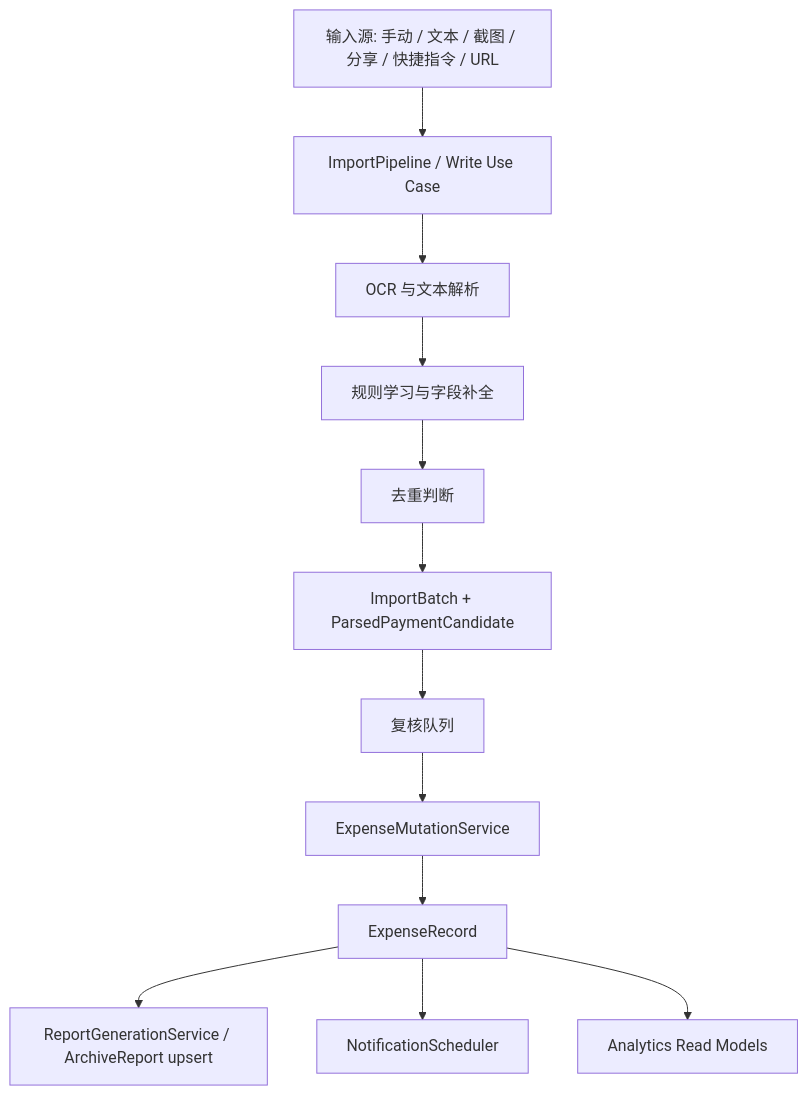
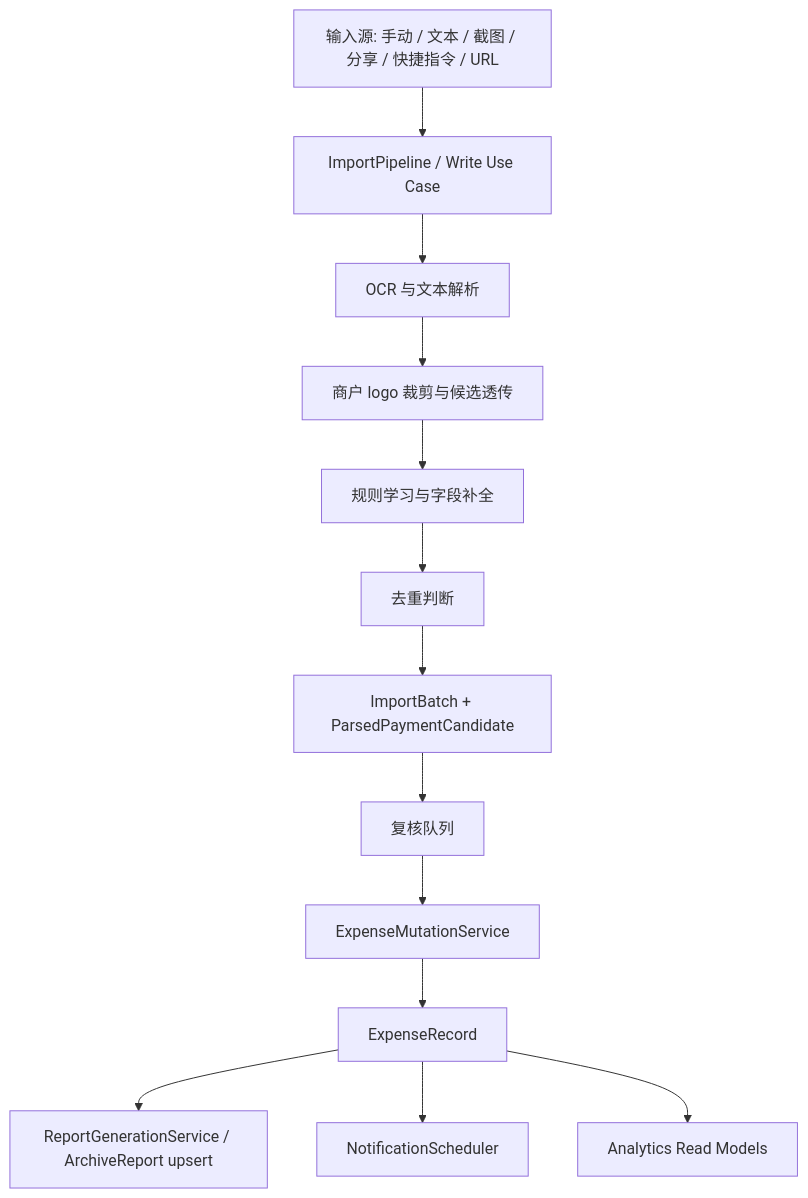
The diagram in docs/awemebilling-technical-architecture-regression.md (jiangxubin/AwemeBills), drawn with Mermaid before and after one commit. The commit also changed other lines of this file and 35 other files, not shown here.

````diff
--- a/docs/awemebilling-technical-architecture-regression.md
+++ b/docs/awemebilling-technical-architecture-regression.md
@@ -44,14 +46,15 @@
 ```mermaid
 flowchart TD
     A["输入源: 手动 / 文本 / 截图 / 分享 / 快捷指令 / URL"] --> B["ImportPipeline / Write Use Case"]
     B --> C["OCR 与文本解析"]
-    C --> D["规则学习与字段补全"]
+    C --> C1["商户 logo 裁剪与候选透传"]
+    C1 --> D["规则学习与字段补全"]
     D --> E["去重判断"]
     E --> F["ImportBatch + ParsedPaymentCandidate"]
     F --> G["复核队列"]
     G --> H["ExpenseMutationService"]
     H --> I["ExpenseRecord"]
     I --> J["ReportGenerationService / ArchiveReport upsert"]
     I --> K["NotificationScheduler"]
     I --> L["Analytics Read Models"]
 ```
````
